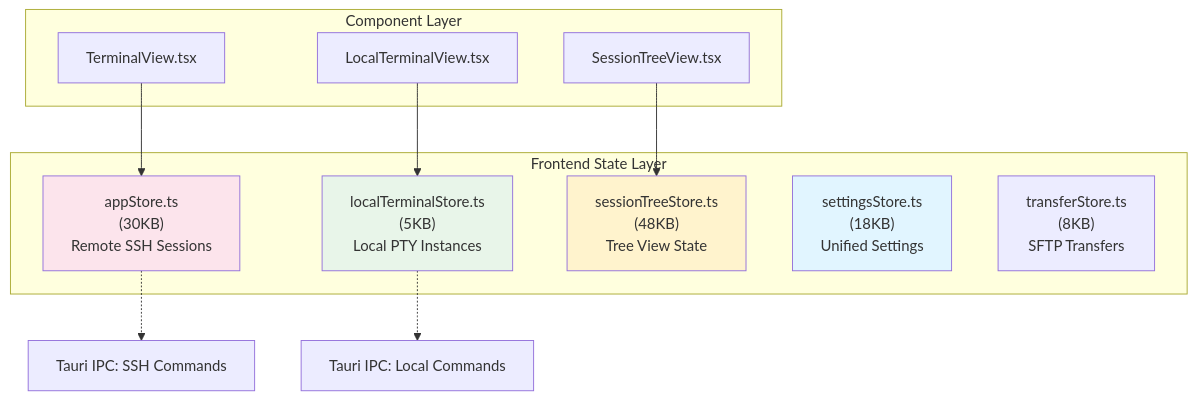
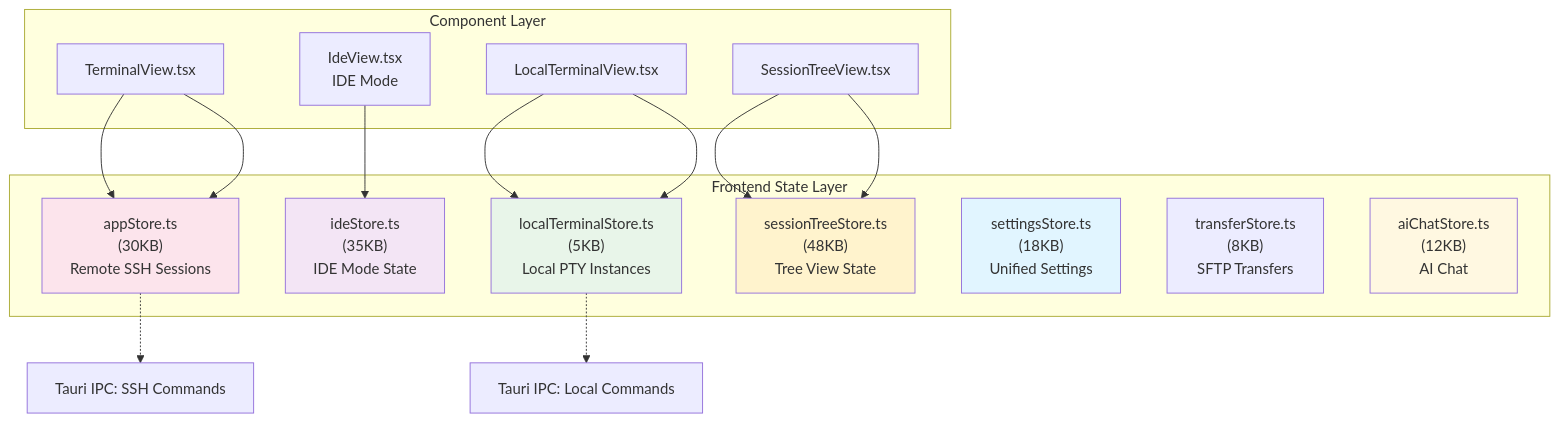
One commit to AnalyseDeCircuit/OxideTerm changed the eighth of 16 diagrams in docs/ARCHITECTURE.md. Above: the diagram before and after it, drawn with Mermaid. The commit also changed other lines of this file and 6 other files, not shown here.

First line of the commit message:
chore: update architecture documentation and version to v1.3.2

````diff
--- a/docs/ARCHITECTURE.md
+++ b/docs/ARCHITECTURE.md
@@ -769,28 +1021,44 @@
 ```mermaid
 flowchart TB
     subgraph Frontend ["Frontend State Layer"]
         AppStore["appStore.ts<br/>(30KB)<br/>Remote SSH Sessions"]
+        IdeStore["ideStore.ts<br/>(35KB)<br/>IDE Mode State"]
         LocalStore["localTerminalStore.ts<br/>(5KB)<br/>Local PTY Instances"]
         SessionTree["sessionTreeStore.ts<br/>(48KB)<br/>Tree View State"]
         Settings["settingsStore.ts<br/>(18KB)<br/>Unified Settings"]
         Transfer["transferStore.ts<br/>(8KB)<br/>SFTP Transfers"]
+        AiChat["aiChatStore.ts<br/>(12KB)<br/>AI Chat"]
     end
+
+    subgraph Components ["Component Layer"]
+        TermView["TerminalView.tsx"]
+        LocalView["LocalTerminalView.tsx"]
+        IdeView["IdeView.tsx<br/>IDE Mode"]
+        TreeUI["SessionTreeView.tsx"]
+    end
+
+    TermView --> AppStore
+    LocalView --> LocalStore
+    IdeView --> IdeStore
+    TreeUI --> SessionTree
     
     subgraph Components ["Component Layer"]
         TermView["TerminalView.tsx"]
         LocalView["LocalTerminalView.tsx"]
         TreeUI["SessionTreeView.tsx"]
     end
     
     TermView --> AppStore
     LocalView --> LocalStore
     TreeUI --> SessionTree
     
     AppStore -.-> Backend1["Tauri IPC: SSH Commands"]
     LocalStore -.-> Backend2["Tauri IPC: Local Commands"]
     
     style AppStore fill:#fce4ec
+    style IdeStore fill:#f3e5f5
     style LocalStore fill:#e8f5e9
     style SessionTree fill:#fff3cd
     style Settings fill:#e1f5ff
+    style AiChat fill:#fff8e1
 ```
````
